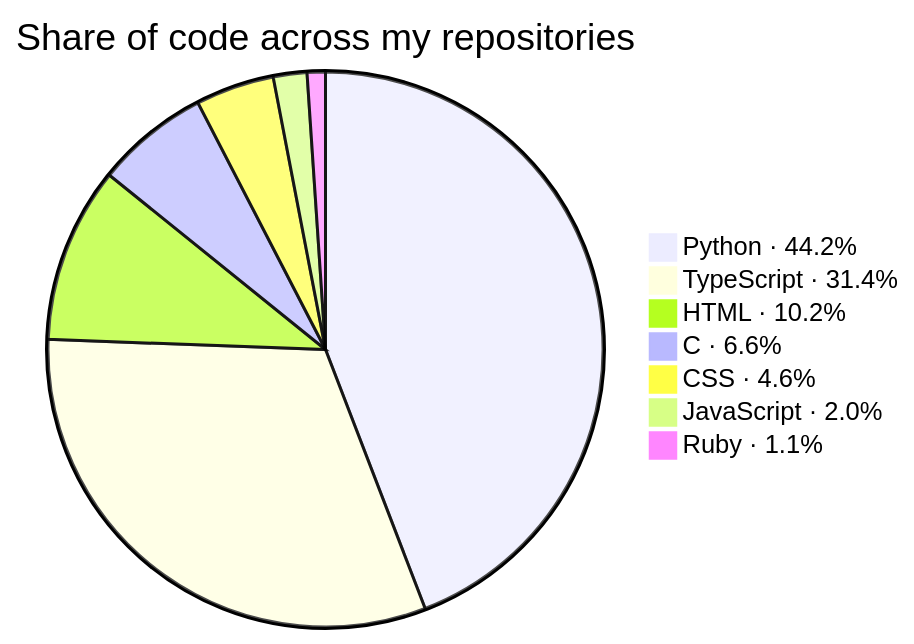
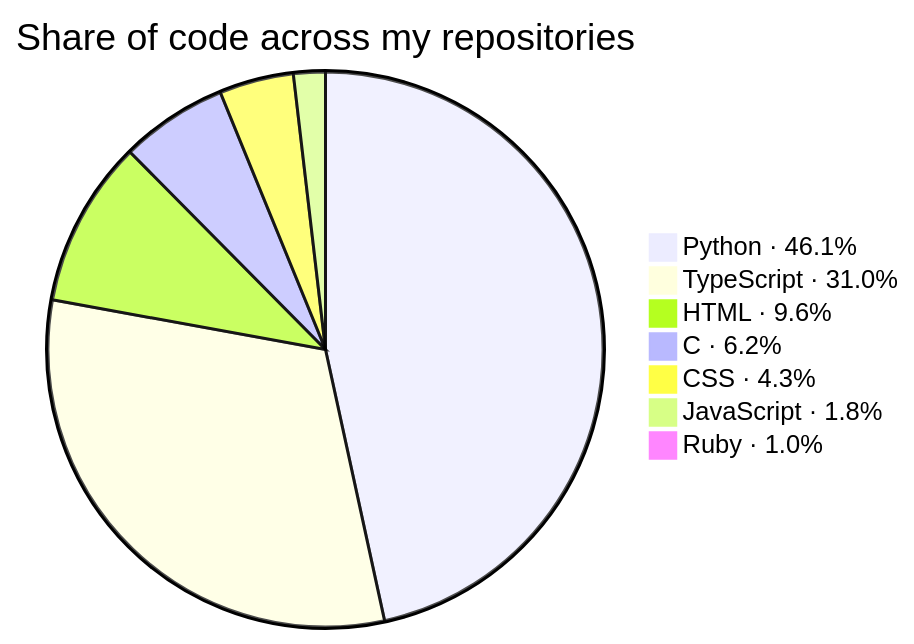
One commit to KathFK1234/KathFK1234 changed the second of 3 diagrams in README.md. Above: the diagram before and after it, drawn with Mermaid. The commit also changed other lines of this file and 2 other files, not shown here.

````diff
--- a/README.md
+++ b/README.md
@@ -122,11 +107,11 @@
 ```mermaid
 %%{init: {"themeVariables": {"pieSectionTextSize": "0px"}}}%%
 pie title Share of code across my repositories
-    "Python · 44.2%" : 419.7
-    "TypeScript · 31.4%" : 298.7
-    "HTML · 10.2%" : 97.2
-    "C · 6.6%" : 62.7
-    "CSS · 4.6%" : 43.5
-    "JavaScript · 2.0%" : 18.6
-    "Ruby · 1.1%" : 10.1
+    "Python · 46.1%" : 468.1
+    "TypeScript · 31.0%" : 314.3
+    "HTML · 9.6%" : 97.6
+    "C · 6.2%" : 62.7
+    "CSS · 4.3%" : 43.5
+    "JavaScript · 1.8%" : 18.6
+    "Ruby · 1.0%" : 10.1
 ```
````
